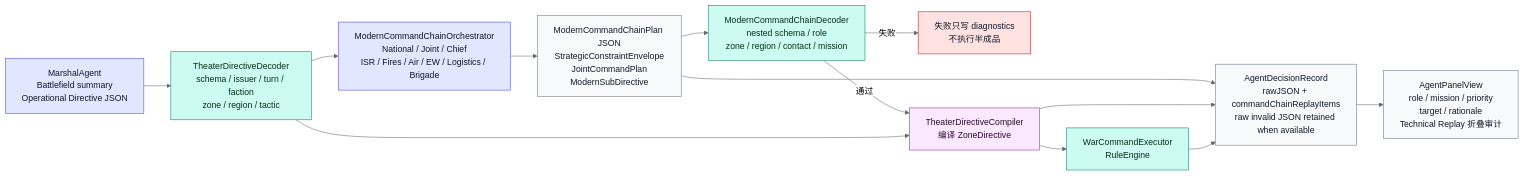
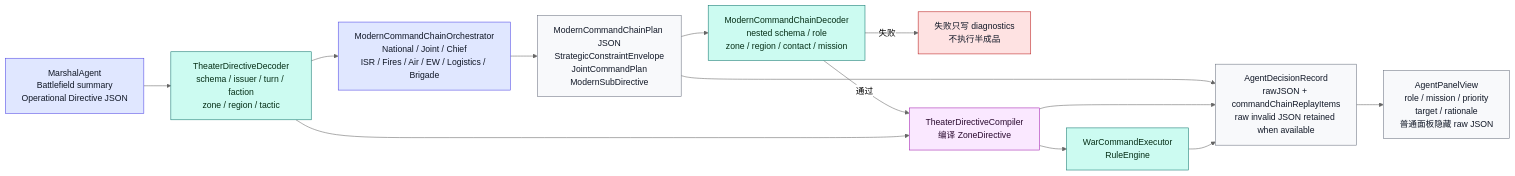
One commit to Altman-sam114/127 changed the eighth of 20 diagrams in md/flow/flowchart.md. Above: the diagram before and after it, drawn with Mermaid (neutral theme). The commit also changed other lines of this file and 8 other files, not shown here.

Commit message:
fix: hide raw ai replay json from player panel

````diff
--- a/md/flow/flowchart.md
+++ b/md/flow/flowchart.md
@@ -232,29 +232,29 @@
 ```mermaid
 flowchart LR
     MARSHAL["MarshalAgent<br/>Battlefield summary<br/>Operational Directive JSON"]:::agent
     TDEC["TheaterDirectiveDecoder<br/>schema / issuer / turn / faction<br/>zone / region / tactic"]:::rules
     ORCH["ModernCommandChainOrchestrator<br/>National / Joint / Chief<br/>ISR / Fires / Air / EW / Logistics / Brigade"]:::agent
     CJSON["ModernCommandChainPlan JSON<br/>StrategicConstraintEnvelope<br/>JointCommandPlan<br/>ModernSubDirective"]:::data
     CDEC["ModernCommandChainDecoder<br/>nested schema / role<br/>zone / region / contact / mission"]:::rules
     FAIL["失败只写 diagnostics<br/>不执行半成品"]:::stop
     COMP["TheaterDirectiveCompiler<br/>编译 ZoneDirective"]:::command
     EXEC["WarCommandExecutor<br/>RuleEngine"]:::rules
     RECORD["AgentDecisionRecord<br/>rawJSON + commandChainReplayItems<br/>raw invalid JSON retained when available"]:::display
-    PANEL["AgentPanelView<br/>role / mission / priority<br/>target / rationale<br/>Technical Replay 折叠审计"]:::display
+    PANEL["AgentPanelView<br/>role / mission / priority<br/>target / rationale<br/>普通面板隐藏 raw JSON"]:::display
 
     MARSHAL --> TDEC --> ORCH --> CJSON --> CDEC
     CDEC -->|通过| COMP --> EXEC
     CDEC -->|失败| FAIL
     TDEC --> COMP
     CJSON --> RECORD
     COMP --> RECORD
     EXEC --> RECORD
     RECORD --> PANEL
 
     classDef agent fill:#e0e7ff,stroke:#4f46e5,color:#111827
     classDef data fill:#f8f9fb,stroke:#6b7280,color:#111827
     classDef rules fill:#ccfbf1,stroke:#0f766e,color:#052e16
     classDef command fill:#fae8ff,stroke:#a21caf,color:#2a0a2f
     classDef display fill:#f8f9fb,stroke:#6b7280,color:#111827
     classDef stop fill:#fee2e2,stroke:#b91c1c,color:#111827
 ```
````
